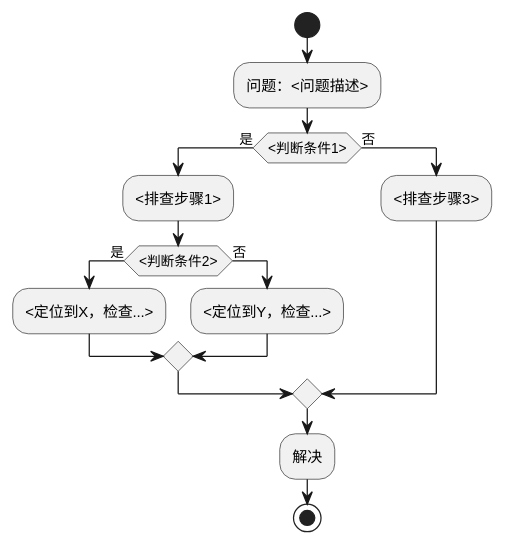
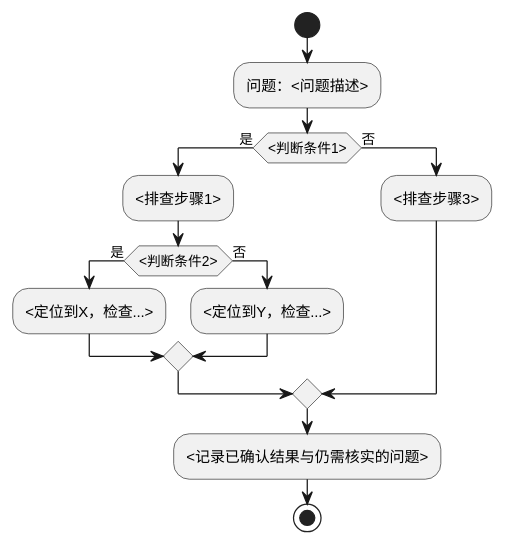
Before and after one commit to yunine9/mae-flow-cloud: the fourth of 4 diagrams in internal-skills/business-docs-generator/templates/domain/domain.md, drawn with PlantUML. The commit also changed other lines of this file and 53 other files, not shown here.

First line of the commit message:
feat(knowledge): bundle extraction method and validate PlantUML (#475)

````diff
--- a/internal-skills/business-docs-generator/templates/domain/domain.md
+++ b/internal-skills/business-docs-generator/templates/domain/domain.md
@@ -189,18 +206,18 @@
 ```plantuml
 @startuml
 start
 :问题：<问题描述>;
 if (<判断条件1>) then (是)
   :<排查步骤1>;
   if (<判断条件2>) then (是)
     :<定位到X，检查...>;
   else (否)
     :<定位到Y，检查...>;
   endif
 else (否)
   :<排查步骤3>;
 endif
-:解决;
+:<记录已确认结果与仍需核实的问题>;
 stop
 @enduml
 ```
````
